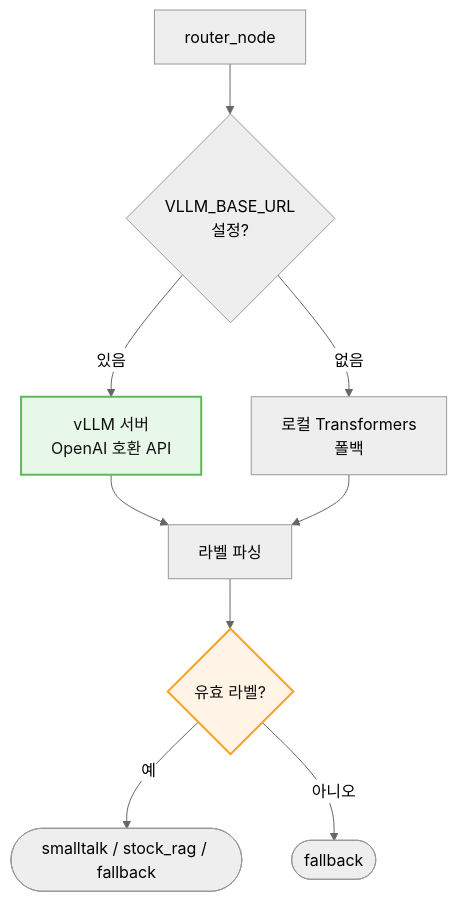
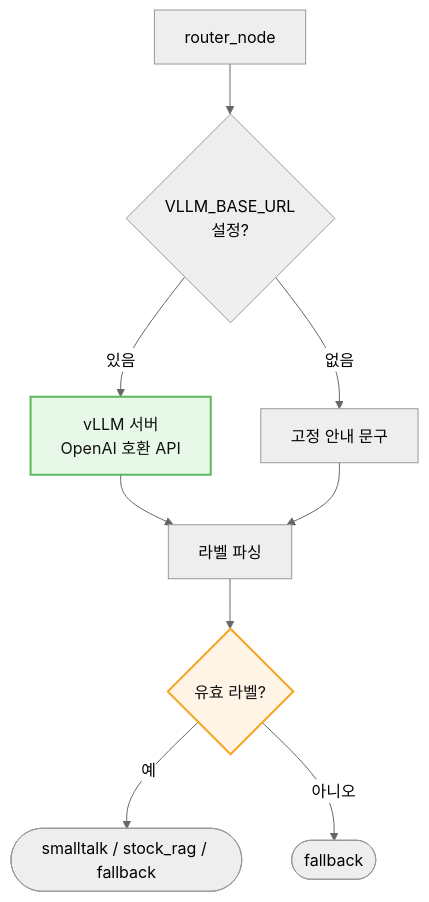
Before and after one commit to Dongju-00/eric-chatagent: the fourth of 10 diagrams in README.md, drawn with Mermaid (neutral theme). The commit also changed other lines of this file and 71 other files, not shown here.

````diff
--- a/README.md
+++ b/README.md
@@ -159,14 +159,14 @@
 ```mermaid
 flowchart TB
     R[router_node] --> C{VLLM_BASE_URL<br/>설정?}
     C -->|있음| V[vLLM 서버<br/>OpenAI 호환 API]
-    C -->|없음| L[로컬 Transformers<br/>폴백]
+    C -->|없음| L[고정 안내 문구]
     V --> P[라벨 파싱]
     L --> P
     P --> D{유효 라벨?}
     D -->|예| OUT([smalltalk / stock_rag / fallback])
     D -->|아니오| FB([fallback])
 
     style V fill:#e8f8e8,stroke:#5cb85c,stroke-width:2px,color:#111111
     style D fill:#fff4e6,stroke:#f5a623,stroke-width:2px,color:#111111
 ```
````
